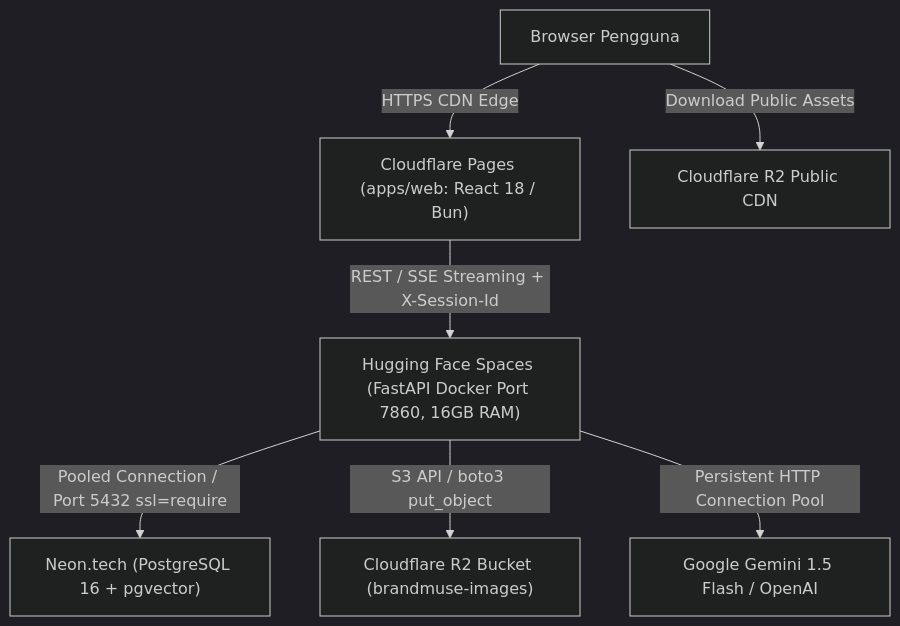
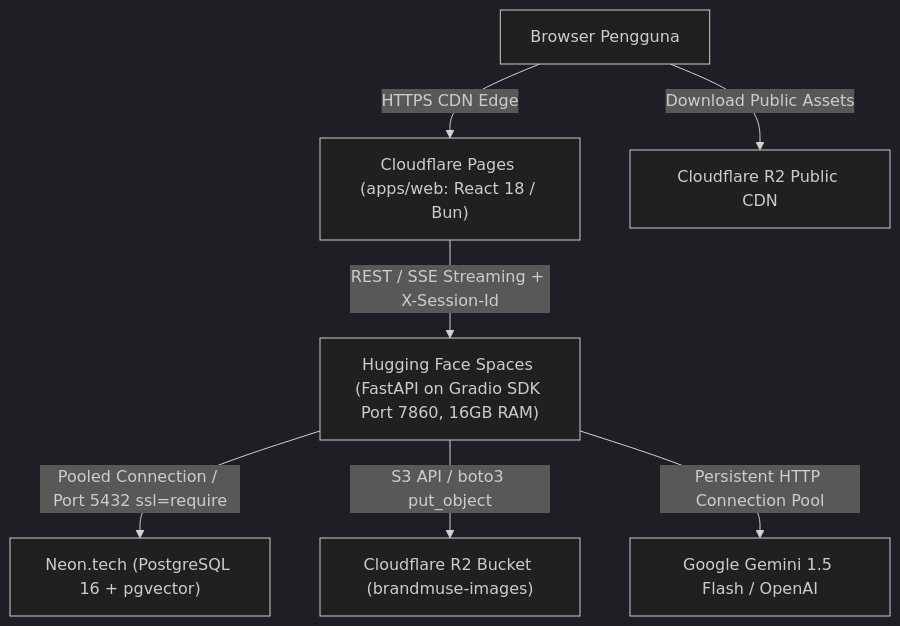
The diagram in DEPLOYMENT_HUGGINGFACE.md (rflishrl/brandmuse), drawn with Mermaid (dark theme) before and after one commit. The commit also changed other lines of this file and 3 other files, not shown here.

````diff
--- a/DEPLOYMENT_HUGGINGFACE.md
+++ b/DEPLOYMENT_HUGGINGFACE.md
@@ -28,9 +29,9 @@
 ```mermaid
 flowchart TD
     User["Browser Pengguna"] -->|HTTPS CDN Edge| Pages["Cloudflare Pages (apps/web: React 18 / Bun)"]
-    Pages -->|REST / SSE Streaming + X-Session-Id| HF["Hugging Face Spaces (FastAPI Docker Port 7860, 16GB RAM)"]
+    Pages -->|REST / SSE Streaming + X-Session-Id| HF["Hugging Face Spaces (FastAPI on Gradio SDK Port 7860, 16GB RAM)"]
     HF -->|Pooled Connection / Port 5432 ssl=require| Neon["Neon.tech (PostgreSQL 16 + pgvector)"]
     HF -->|S3 API / boto3 put_object| R2["Cloudflare R2 Bucket (brandmuse-images)"]
     HF -->|Persistent HTTP Connection Pool| AI["Google Gemini 1.5 Flash / OpenAI"]
     User -->|Download Public Assets| R2Public["Cloudflare R2 Public CDN"]
 ```
````
